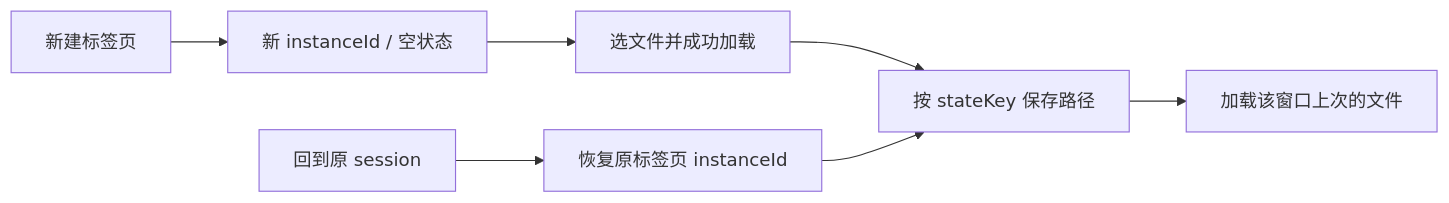
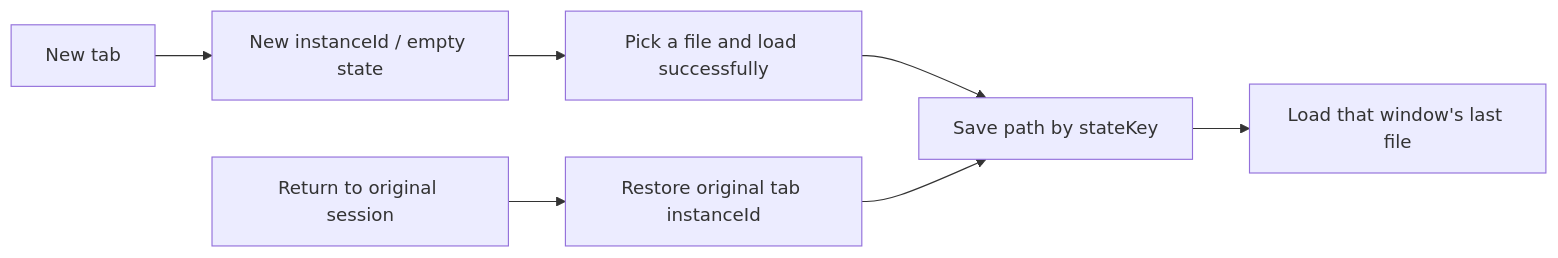
Before and after one commit to osben/ZCode: the diagram in docs/plugins/2026-10-15-office-viewer-builtin-panels-spec.md, drawn with Mermaid. The commit also changed other lines of this file and 18 other files, not shown here.

````diff
--- a/docs/plugins/2026-10-15-office-viewer-builtin-panels-spec.md
+++ b/docs/plugins/2026-10-15-office-viewer-builtin-panels-spec.md
@@ -68,9 +79,9 @@
 ```mermaid
 flowchart LR
-  A[新建标签页] --> B[新 instanceId / 空状态]
-  B --> C[选文件并成功加载]
-  C --> D[按 stateKey 保存路径]
-  E[回到原 session] --> F[恢复原标签页 instanceId]
+  A[New tab] --> B[New instanceId / empty state]
+  B --> C[Pick a file and load successfully]
+  C --> D[Save path by stateKey]
+  E[Return to original session] --> F[Restore original tab instanceId]
   F --> D
-  D --> G[加载该窗口上次的文件]
+  D --> G[Load that window's last file]
 ```
````
